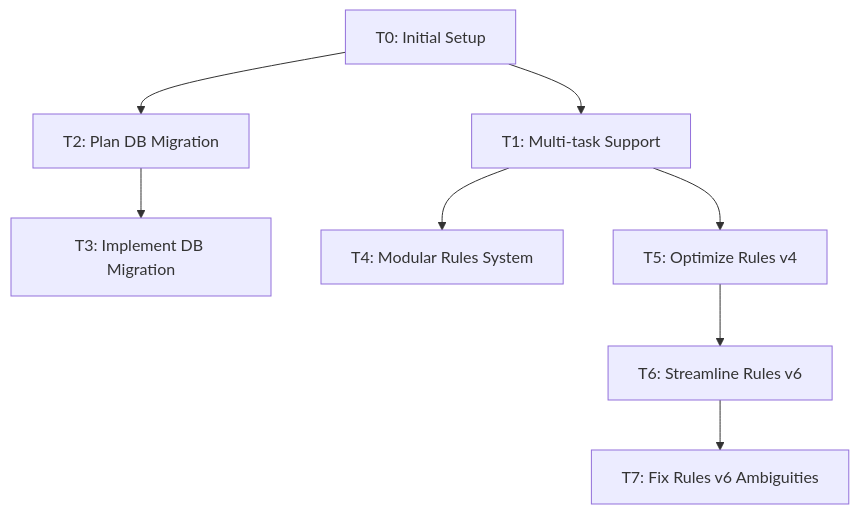
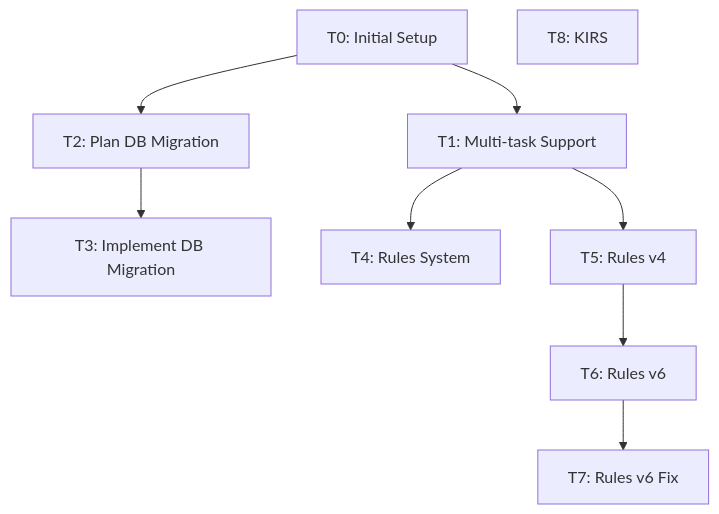
Before and after one commit to space-cadet/memory-bank: the diagram in memory-bank/tasks.md, drawn with Mermaid. The commit also changed other lines of this file and 21 other files, not shown here.

First line of the commit message:
Add integrated rules and memory bank system documentation; create task and session templates

````diff
--- a/memory-bank/tasks.md
+++ b/memory-bank/tasks.md
@@ -89,19 +31,20 @@
 ```mermaid
 graph TD
     T0[T0: Initial Setup]
     T1[T1: Multi-task Support]
     T2[T2: Plan DB Migration]
     T3[T3: Implement DB Migration]
-    T4[T4: Modular Rules System]
-    T5[T5: Optimize Rules v4]
-    T6[T6: Streamline Rules v6]
-    T7[T7: Fix Rules v6 Ambiguities]
+    T4[T4: Rules System]
+    T5[T5: Rules v4]
+    T6[T6: Rules v6]
+    T7[T7: Rules v6 Fix]
+    T8[T8: KIRS]
 
     T0 --> T1
     T0 --> T2
     T2 --> T3
     T1 --> T4
     T1 --> T5
     T5 --> T6
     T6 --> T7
 ```
````
